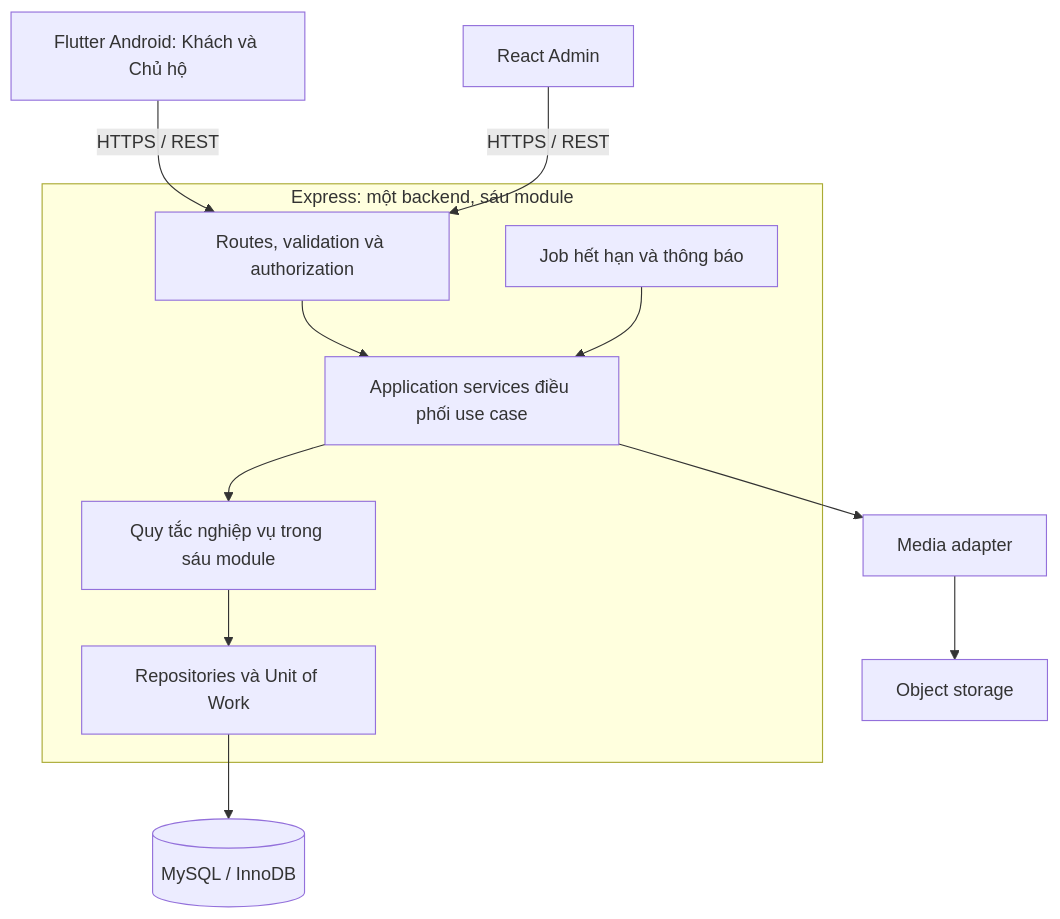
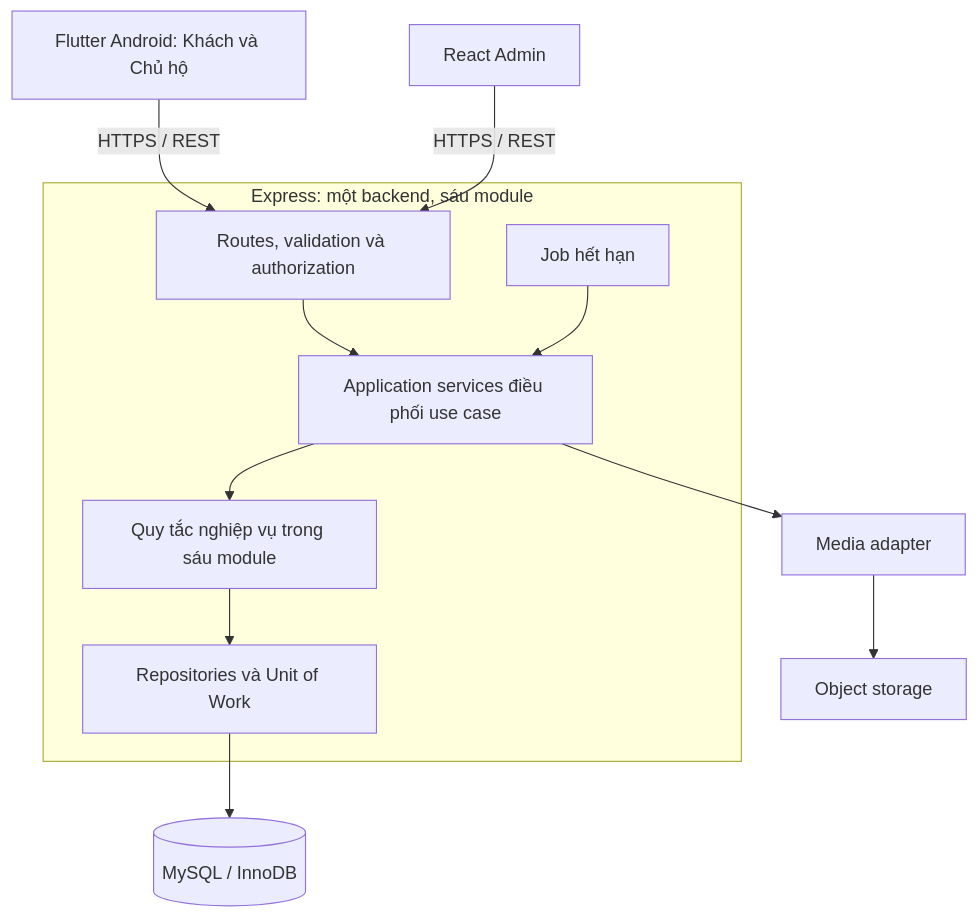
Before and after one commit to caoachau/CN-community-tourism: the diagram in Tai lieu he thong/ARCHITECTURE.md, drawn with Mermaid. The commit also changed other lines of this file and 278 other files, not shown here.

````diff
--- a/Tai lieu he thong/ARCHITECTURE.md
+++ b/Tai lieu he thong/ARCHITECTURE.md
@@ -25,14 +25,14 @@
 ```mermaid
 flowchart TB
     Mobile["Flutter Android: Khách và Chủ hộ"] -->|"HTTPS / REST"| API
     Admin["React Admin"] -->|"HTTPS / REST"| API
     subgraph Backend["Express: một backend, sáu module"]
         API["Routes, validation và authorization"] --> Commands["Application services điều phối use case"]
         Commands --> Domain["Quy tắc nghiệp vụ trong sáu module"]
         Domain --> Repositories["Repositories và Unit of Work"]
-        Jobs["Job hết hạn và thông báo"] --> Commands
+        Jobs["Job hết hạn"] --> Commands
     end
     Repositories --> DB[("MySQL / InnoDB")]
     Commands --> Media["Media adapter"]
     Media --> Storage["Object storage"]
 ```
````
